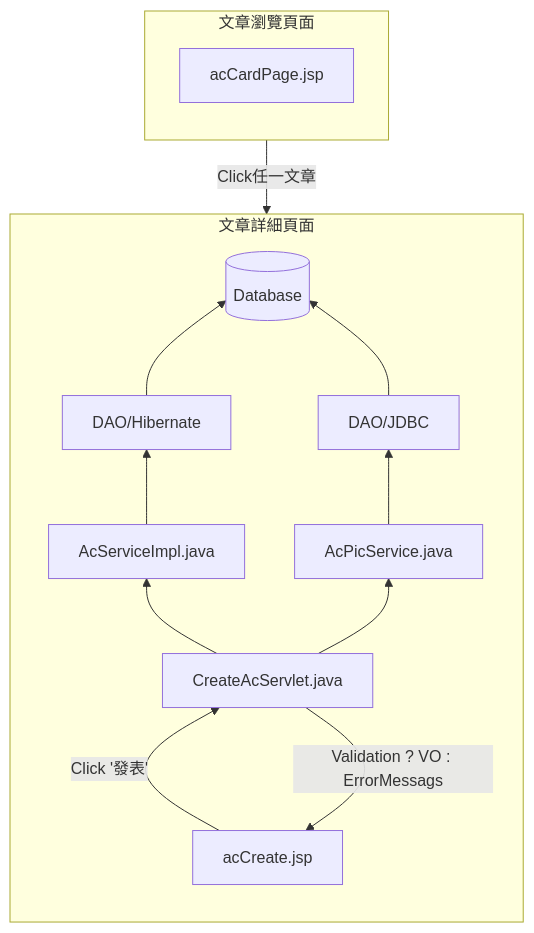
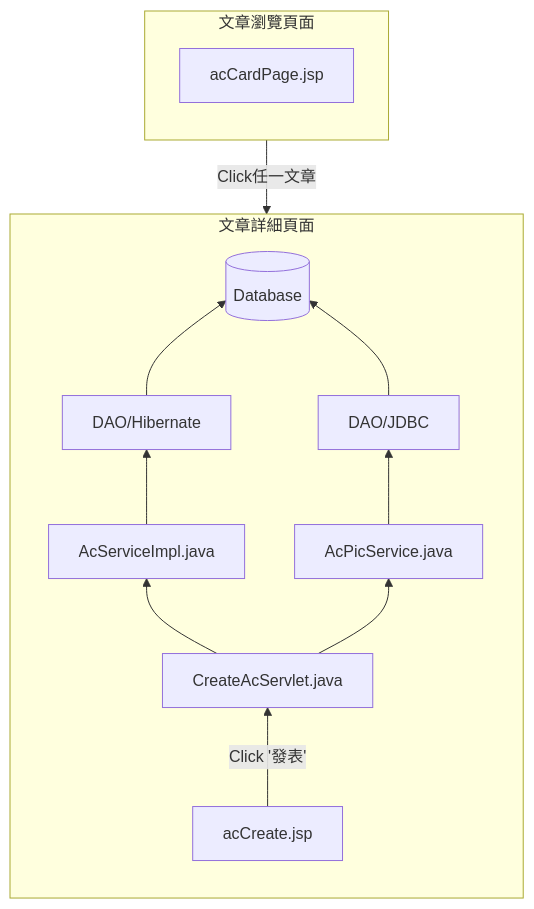
Before and after one commit to TLexYuW/CGA103G1OwnPart: diagram 11 of 12 in README.md, drawn with Mermaid.

Commit message:
LexVaultBackup: 2022-09-12 20:43:36
Affected files:
README.md

````diff
--- a/README.md
+++ b/README.md
@@ -263,24 +263,22 @@
 ```mermaid
 graph TB
 	
 	subgraph 文章詳細頁面
 	direction BT
 	acC[acCreate.jsp] -->|Click '發表'| CAS[CreateAcServlet.java] --> ASI[AcServiceImpl.java] 
 	--> H[DAO/Hibernate] --> DB[(Database)]
 	end
 	
 	subgraph 文章詳細頁面
 	direction BT
 	CAS[CreateAcServlet.java] --> APS[AcPicService.java] 
 	--> DAO[DAO/JDBC] --> DB[(Database)]
 	end
 	
 	subgraph 文章瀏覽頁面
 	direction BT
 	acCP[acCardPage.jsp]
 	end
 	
 	acCP -->|Click任一文章| acC
-	CAS -->|Validation ? VO : ErrorMessags| acC
-
 ```
````
